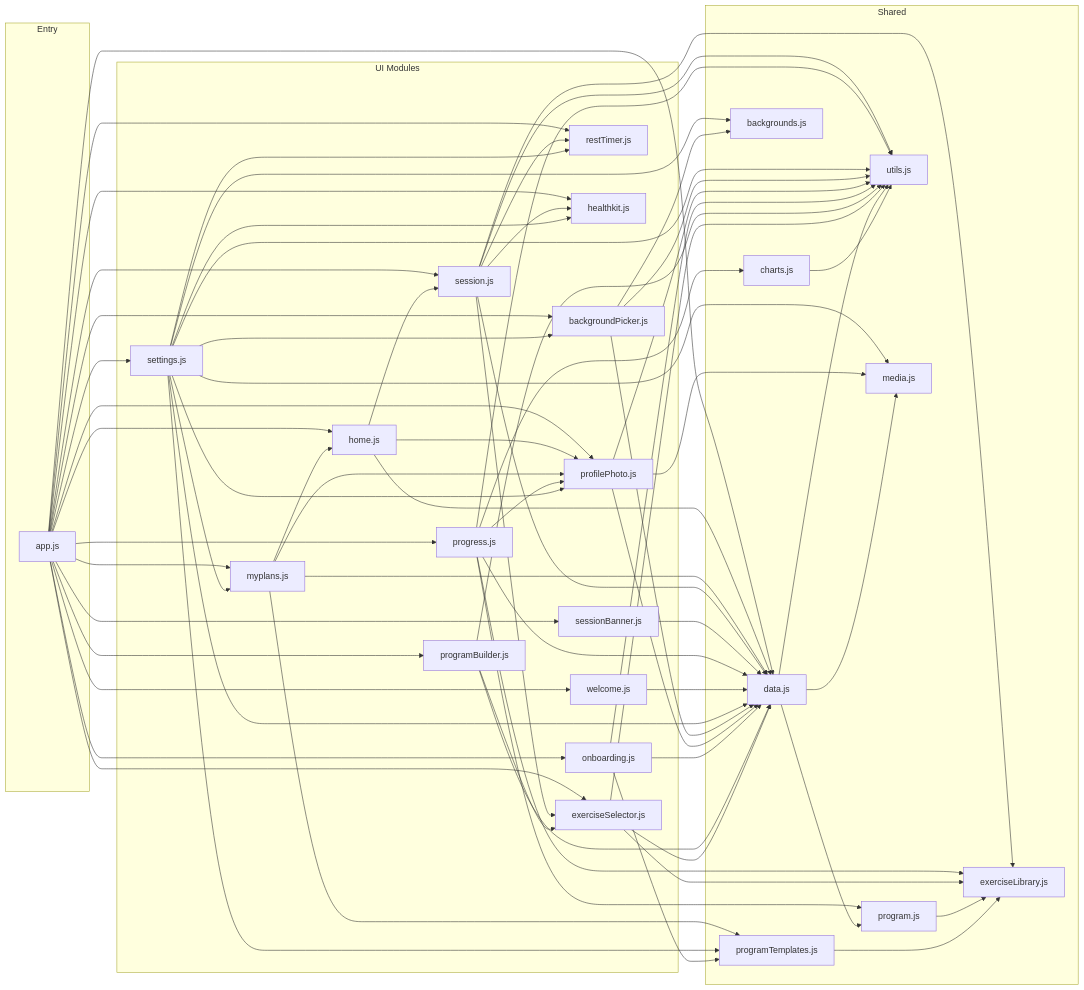
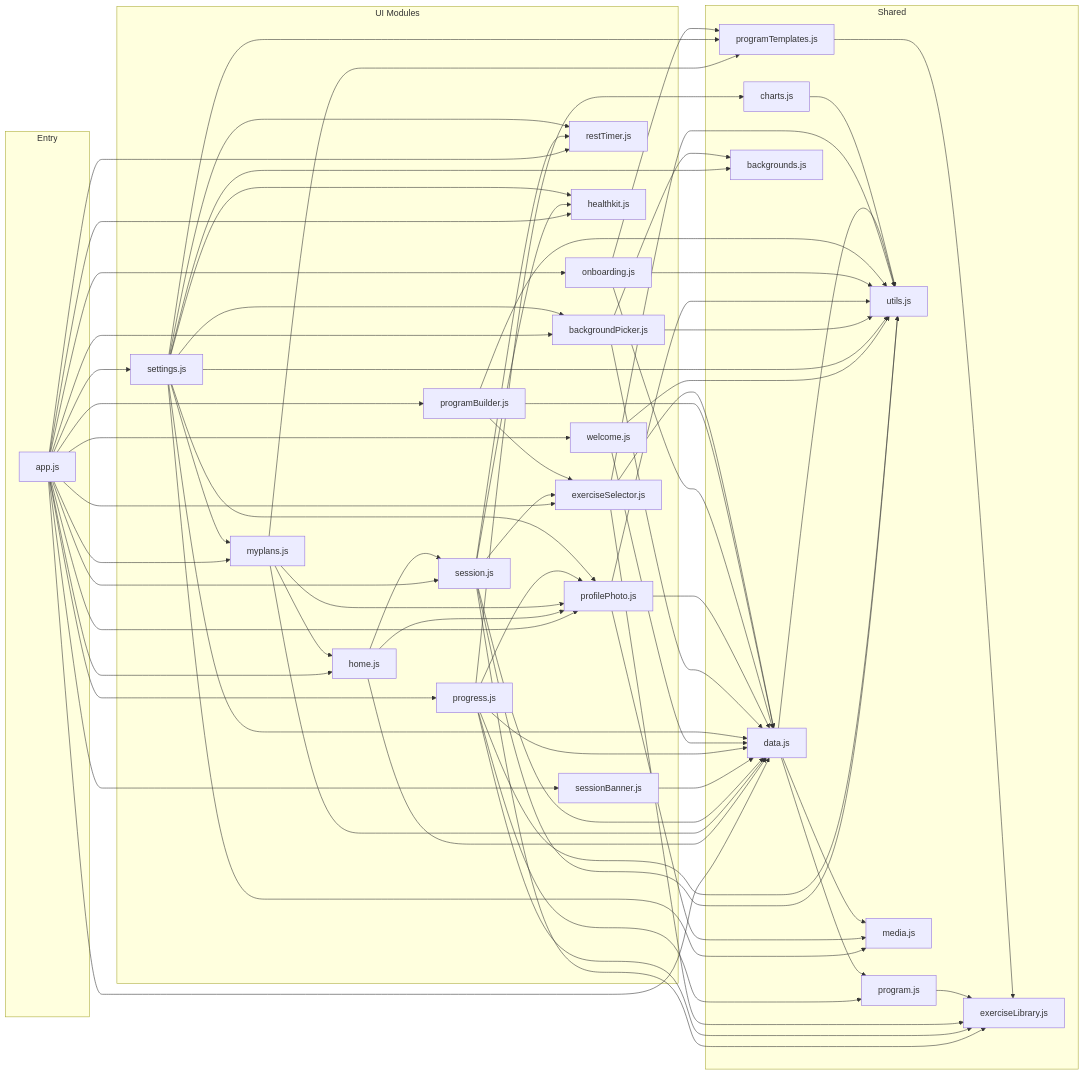
The second of 8 diagrams in ARCHITECTURE.md (reidrussell-alt/plate-log), drawn with Mermaid before and after one commit. The commit also changed other lines of this file and 7 other files, not shown here.

```diff
--- a/ARCHITECTURE.md
+++ b/ARCHITECTURE.md
@@ -162,6 +162,7 @@
     progress.js --> charts.js
 
     welcome.js --> data.js
+    welcome.js --> utils.js
 
     settings.js --> data.js
     settings.js --> programTemplates.js
```
